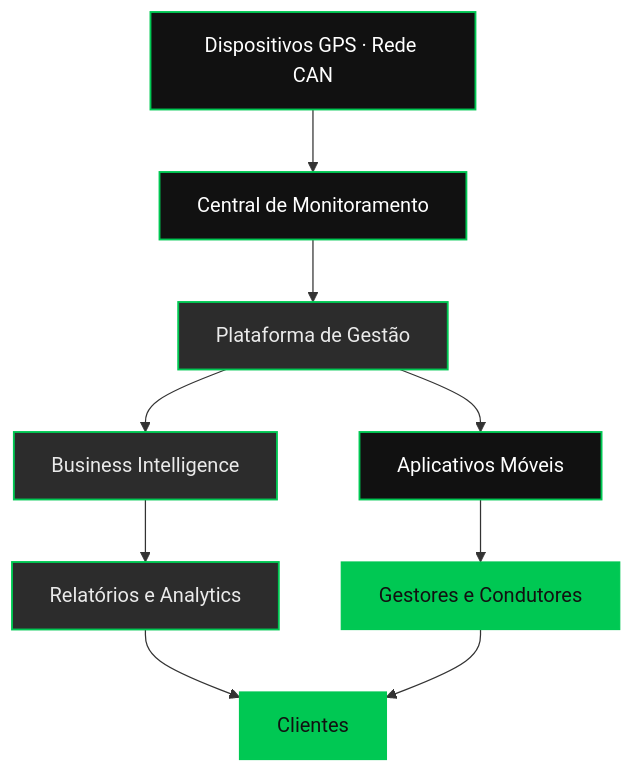
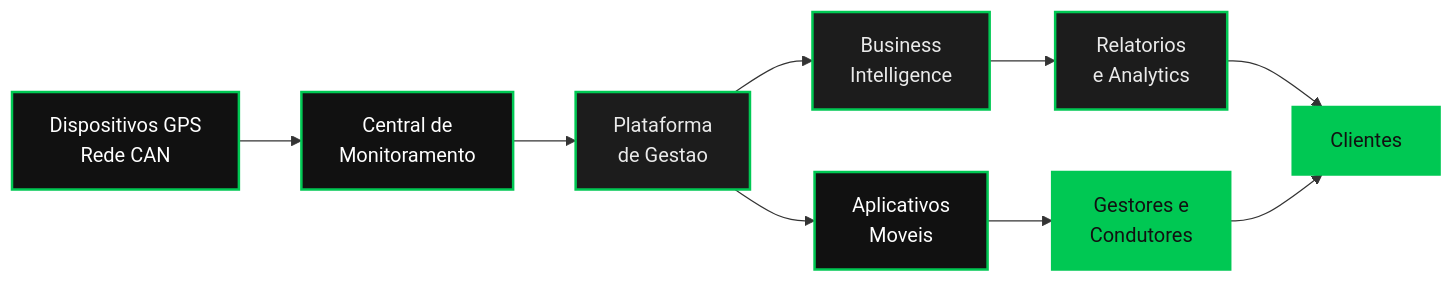
The diagram in README.md (Daniel061202/Daniel061202), drawn with Mermaid before and after one commit. The commit also changed other lines of this file, not shown here.

````diff
--- a/README.md
+++ b/README.md
@@ -174,18 +298,18 @@
 ```mermaid
-flowchart TD
-    A["Dispositivos GPS · Rede CAN"] --> B["Central de Monitoramento"]
-    B --> C["Plataforma de Gestão"]
-    C --> D["Business Intelligence"]
-    C --> E["Aplicativos Móveis"]
-    D --> F["Relatórios e Analytics"]
-    E --> G["Gestores e Condutores"]
+flowchart LR
+    A["Dispositivos GPS<br/>Rede CAN"] --> B["Central de<br/>Monitoramento"]
+    B --> C["Plataforma<br/>de Gestao"]
+    C --> D["Business<br/>Intelligence"]
+    C --> E["Aplicativos<br/>Moveis"]
+    D --> F["Relatorios<br/>e Analytics"]
+    E --> G["Gestores e<br/>Condutores"]
     F --> H["Clientes"]
     G --> H
 
-    classDef base fill:#111111,stroke:#00C853,stroke-width:1.5px,color:#FFFFFF;
-    classDef data fill:#2C2C2C,stroke:#00C853,stroke-width:1.5px,color:#EAEAEA;
-    classDef edge fill:#00C853,stroke:#00C853,color:#111111;
+    classDef base fill:#111111,stroke:#00C853,stroke-width:2px,color:#FFFFFF;
+    classDef data fill:#1C1C1C,stroke:#00C853,stroke-width:2px,color:#EAEAEA;
+    classDef edge fill:#00C853,stroke:#00C853,stroke-width:2px,color:#111111;
     class A,B,E base;
     class C,D,F data;
     class G,H edge;
 ```
````
